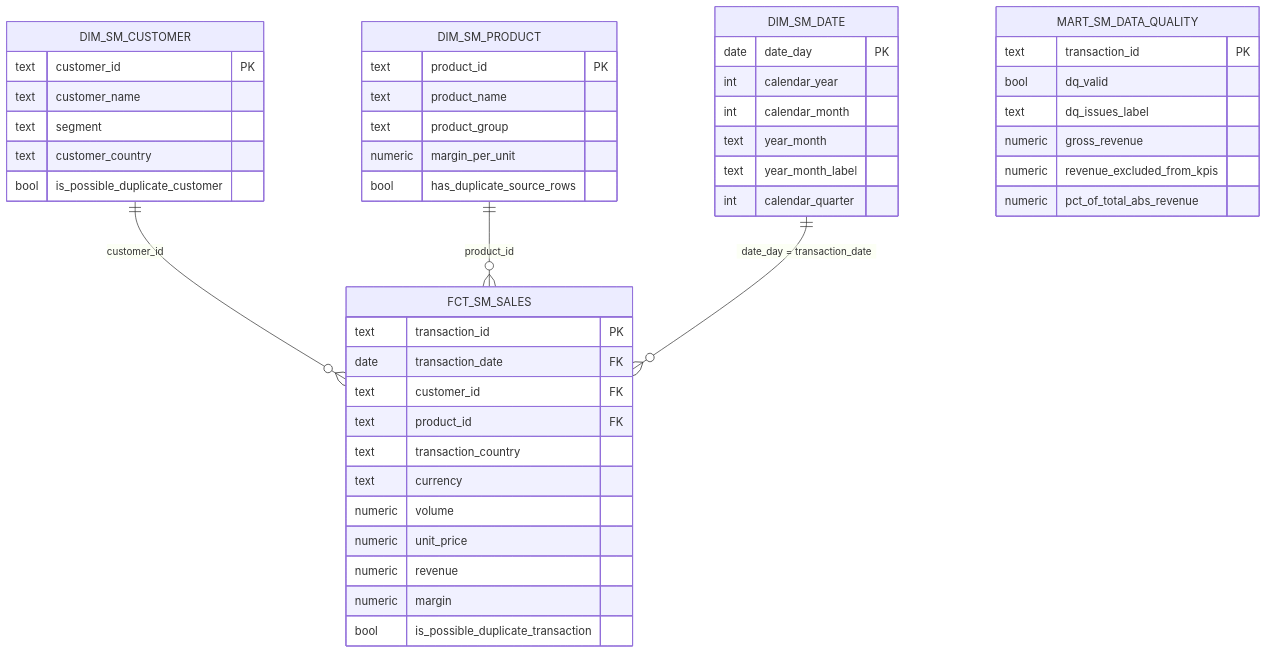
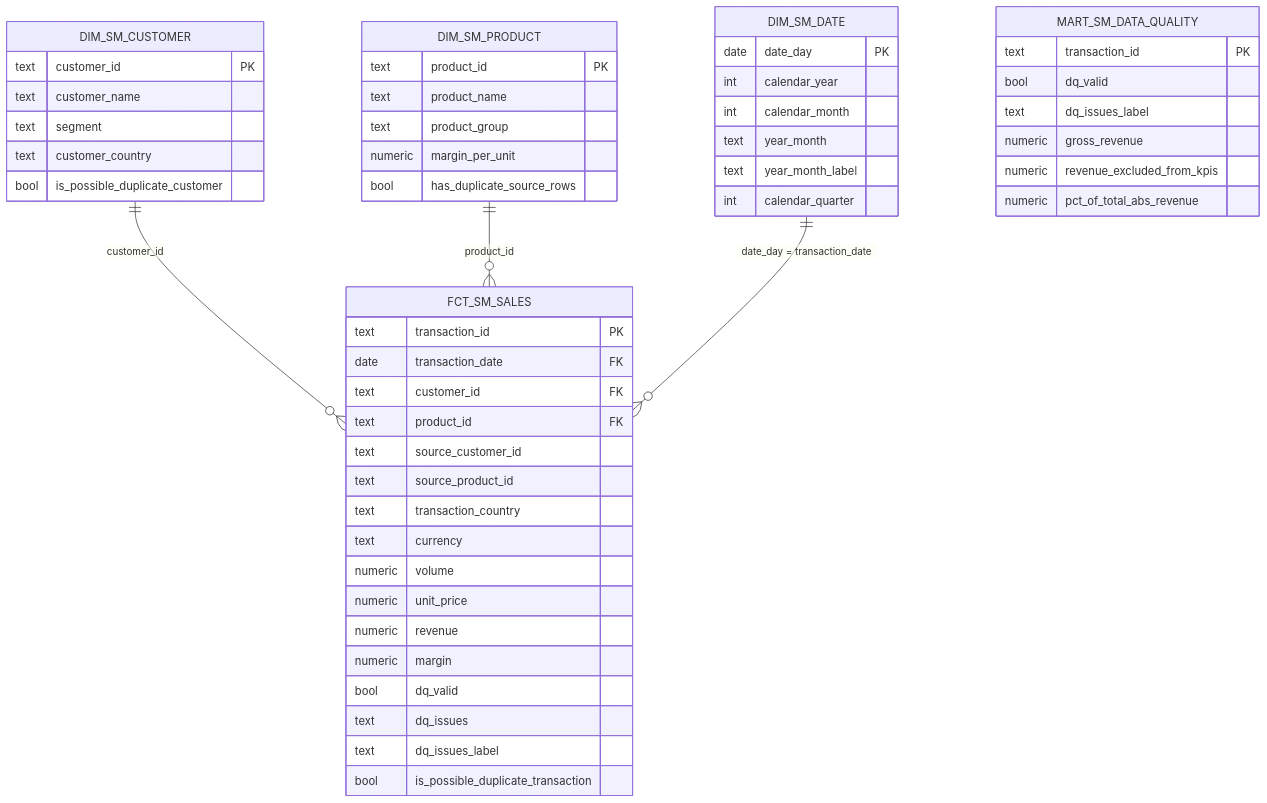
One commit to Daniell-Green/data-platform changed the diagram in airflow/dags/pipelines/supply_marketing_reporting/docs/data_model.md. Above: the diagram before and after it, drawn with Mermaid. The commit also changed other lines of this file and 5 other files, not shown here.

````diff
--- a/airflow/dags/pipelines/supply_marketing_reporting/docs/data_model.md
+++ b/airflow/dags/pipelines/supply_marketing_reporting/docs/data_model.md
@@ -5,54 +5,59 @@
 ```mermaid
 erDiagram
     DIM_SM_CUSTOMER ||--o{ FCT_SM_SALES : "customer_id"
     DIM_SM_PRODUCT  ||--o{ FCT_SM_SALES : "product_id"
     DIM_SM_DATE     ||--o{ FCT_SM_SALES : "date_day = transaction_date"
 
     FCT_SM_SALES {
         text    transaction_id PK
         date    transaction_date FK
         text    customer_id FK
         text    product_id FK
+        text    source_customer_id
+        text    source_product_id
         text    transaction_country
         text    currency
         numeric volume
         numeric unit_price
         numeric revenue
         numeric margin
+        bool    dq_valid
+        text    dq_issues
+        text    dq_issues_label
         bool    is_possible_duplicate_transaction
     }
 
     DIM_SM_CUSTOMER {
         text customer_id PK
         text customer_name
         text segment
         text customer_country
         bool is_possible_duplicate_customer
     }
 
     DIM_SM_PRODUCT {
         text    product_id PK
         text    product_name
         text    product_group
         numeric margin_per_unit
         bool    has_duplicate_source_rows
     }
 
     DIM_SM_DATE {
         date date_day PK
         int  calendar_year
         int  calendar_month
         text year_month
         text year_month_label
         int  calendar_quarter
     }
 
     MART_SM_DATA_QUALITY {
         text    transaction_id PK
         bool    dq_valid
         text    dq_issues_label
         numeric gross_revenue
         numeric revenue_excluded_from_kpis
         numeric pct_of_total_abs_revenue
     }
 ```
````
